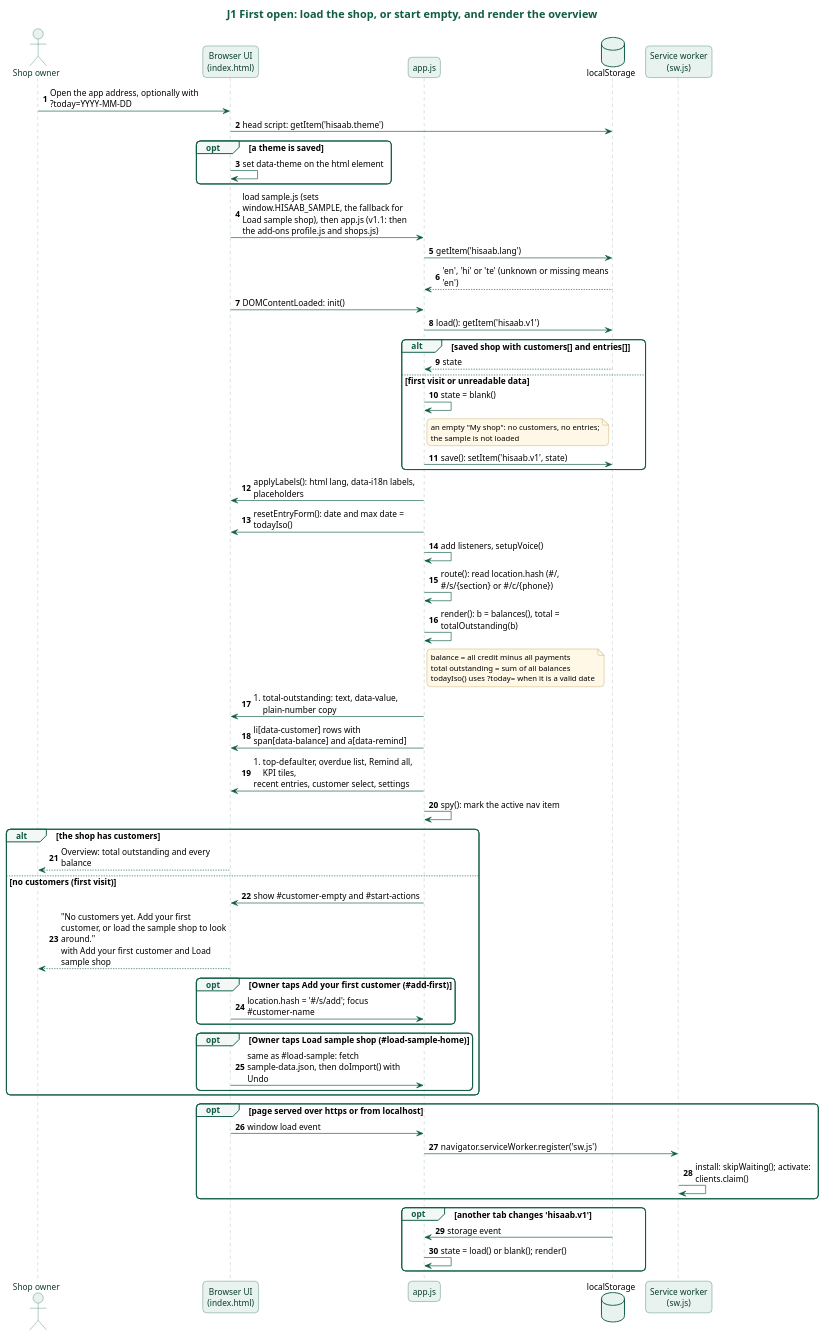
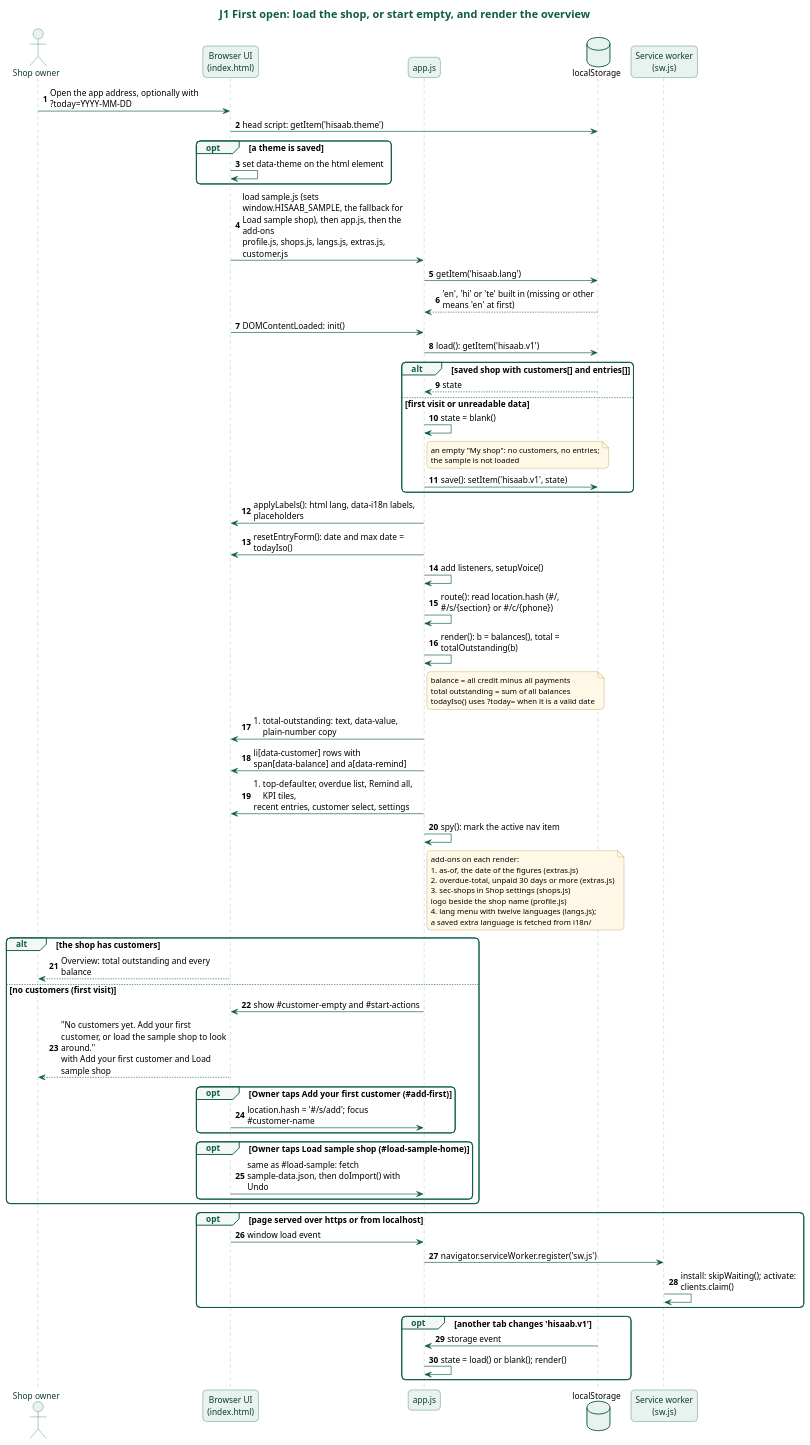
One commit to karwasanjay007/hisaab-docs changed the diagram in docs/diagrams/j1-first-open.puml. Above: the diagram before and after it, drawn with PlantUML. The commit also changed 10 other files, not shown here.

First line of the commit message:
Journeys J1, J4, J8, J10 and J11 walked against the code and corrected; five diagrams re-rendered

```diff
--- a/docs/diagrams/j1-first-open.puml
+++ b/docs/diagrams/j1-first-open.puml
@@ -1,98 +1,107 @@
 @startuml j1-first-open
 title J1 First open: load the shop, or start empty, and render the overview
 skinparam backgroundColor white
 skinparam defaultFontName "Noto Sans"
 skinparam defaultFontSize 13
 skinparam roundCorner 12
 skinparam shadowing false
 skinparam maxMessageSize 260
 skinparam titleFontSize 17
 skinparam titleFontColor #0E5C45
 skinparam sequenceMessageAlign left
 skinparam responseMessageBelowArrow true
 skinparam sequence {
   ArrowColor #0E5C45
   LifeLineBorderColor #7FA89A
   LifeLineBackgroundColor #E8F2EE
   ParticipantBorderColor #0E5C45
   ParticipantBackgroundColor #E8F2EE
   ParticipantFontColor #0B3D2E
   ActorBorderColor #0E5C45
   ActorBackgroundColor #E8F2EE
   ActorFontColor #0B3D2E
   GroupBorderColor #0E5C45
   GroupHeaderFontColor #0E5C45
   GroupBackgroundColor #F3F8F6
   DividerBorderColor #0E5C45
   DividerBackgroundColor #E8F2EE
   DividerFontColor #0B3D2E
   BoxBorderColor #0E5C45
 }
 skinparam database {
   BorderColor #0E5C45
   BackgroundColor #E8F2EE
 }
 skinparam note {
   BorderColor #B08A2E
   BackgroundColor #FFF8E6
   FontSize 12
 }
 actor "Shop owner" as Owner
 participant "Browser UI\n(index.html)" as UI
 participant "app.js" as App
 database "localStorage" as LS
 participant "Service worker\n(sw.js)" as SW
 autonumber
 Owner -> UI : Open the app address, optionally with ?today=YYYY-MM-DD
 UI -> LS : head script: getItem('hisaab.theme')
 opt a theme is saved
   UI -> UI : set data-theme on the html element
 end
-UI -> App : load sample.js (sets window.HISAAB_SAMPLE, the fallback for Load sample shop), then app.js (v1.1: then the add-ons profile.js and shops.js)
+UI -> App : load sample.js (sets window.HISAAB_SAMPLE, the fallback for Load sample shop), then app.js, then the add-ons\nprofile.js, shops.js, langs.js, extras.js, customer.js
 App -> LS : getItem('hisaab.lang')
-LS --> App : 'en', 'hi' or 'te' (unknown or missing means 'en')
+LS --> App : 'en', 'hi' or 'te' built in (missing or other means 'en' at first)
 UI -> App : DOMContentLoaded: init()
 App -> LS : load(): getItem('hisaab.v1')
 alt saved shop with customers[] and entries[]
   LS --> App : state
 else first visit or unreadable data
   App -> App : state = blank()
   note right of App : an empty "My shop": no customers, no entries;\nthe sample is not loaded
   App -> LS : save(): setItem('hisaab.v1', state)
 end
 App -> UI : applyLabels(): html lang, data-i18n labels, placeholders
 App -> UI : resetEntryForm(): date and max date = todayIso()
 App -> App : add listeners, setupVoice()
 App -> App : route(): read location.hash (#/, #/s/{section} or #/c/{phone})
 App -> App : render(): b = balances(), total = totalOutstanding(b)
 note right of App
   balance = all credit minus all payments
   total outstanding = sum of all balances
   todayIso() uses ?today= when it is a valid date
 end note
 App -> UI : #total-outstanding: text, data-value, plain-number copy
 App -> UI : li[data-customer] rows with span[data-balance] and a[data-remind]
 App -> UI : #top-defaulter, overdue list, Remind all, KPI tiles,\nrecent entries, customer select, settings
 App -> App : spy(): mark the active nav item
+note right of App
+  add-ons on each render:
+  #as-of, the date of the figures (extras.js)
+  #overdue-total, unpaid 30 days or more (extras.js)
+  #sec-shops in Shop settings (shops.js)
+  logo beside the shop name (profile.js)
+  #lang menu with twelve languages (langs.js);
+  a saved extra language is fetched from i18n/
+end note
 alt the shop has customers
   UI --> Owner : Overview: total outstanding and every balance
 else no customers (first visit)
   App -> UI : show #customer-empty and #start-actions
   UI --> Owner : "No customers yet. Add your first customer, or load the sample shop to look around."\nwith Add your first customer and Load sample shop
   opt Owner taps Add your first customer (#add-first)
     UI -> App : location.hash = '#/s/add'; focus #customer-name
   end
   opt Owner taps Load sample shop (#load-sample-home)
     UI -> App : same as #load-sample: fetch sample-data.json, then doImport() with Undo
   end
 end
 opt page served over https or from localhost
   UI -> App : window load event
   App -> SW : navigator.serviceWorker.register('sw.js')
   SW -> SW : install: skipWaiting(); activate: clients.claim()
 end
 opt another tab changes 'hisaab.v1'
   LS -> App : storage event
   App -> App : state = load() or blank(); render()
 end
 @enduml
```
